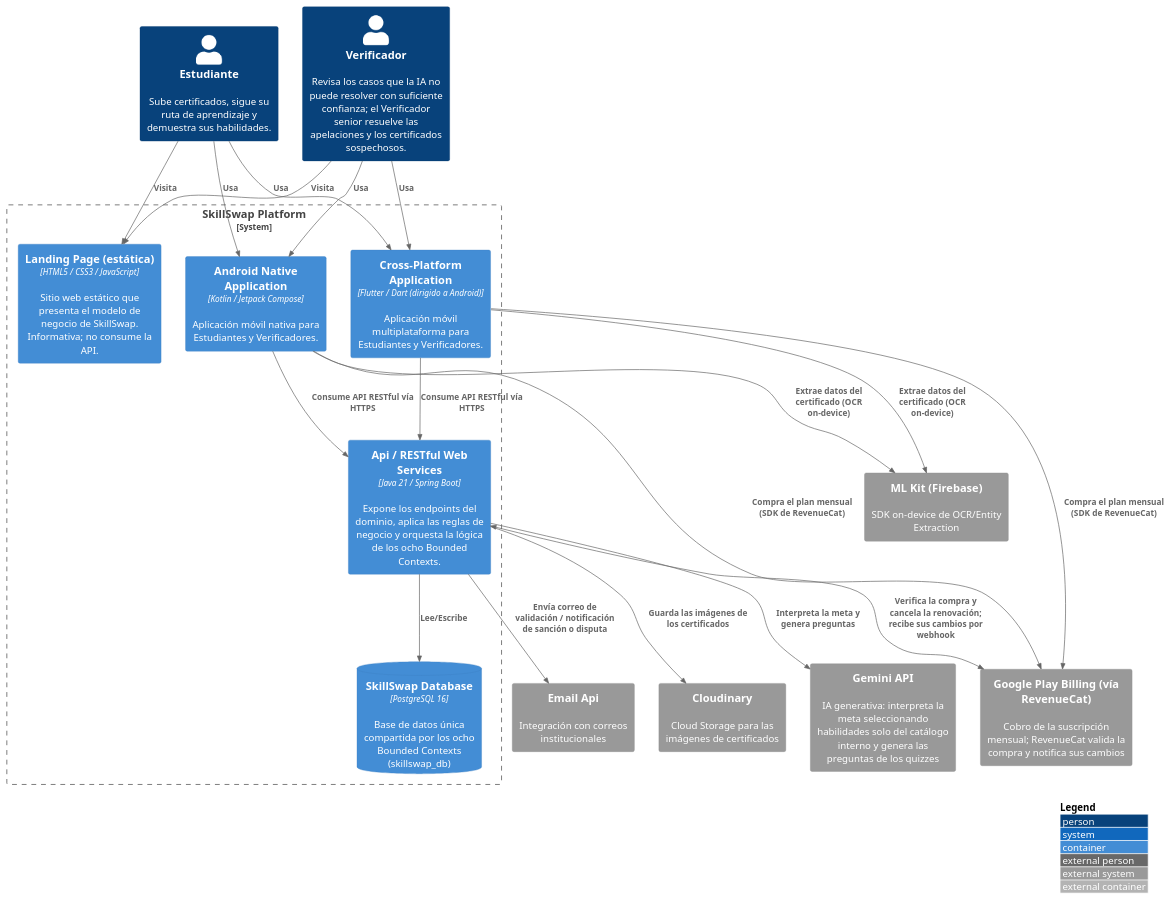
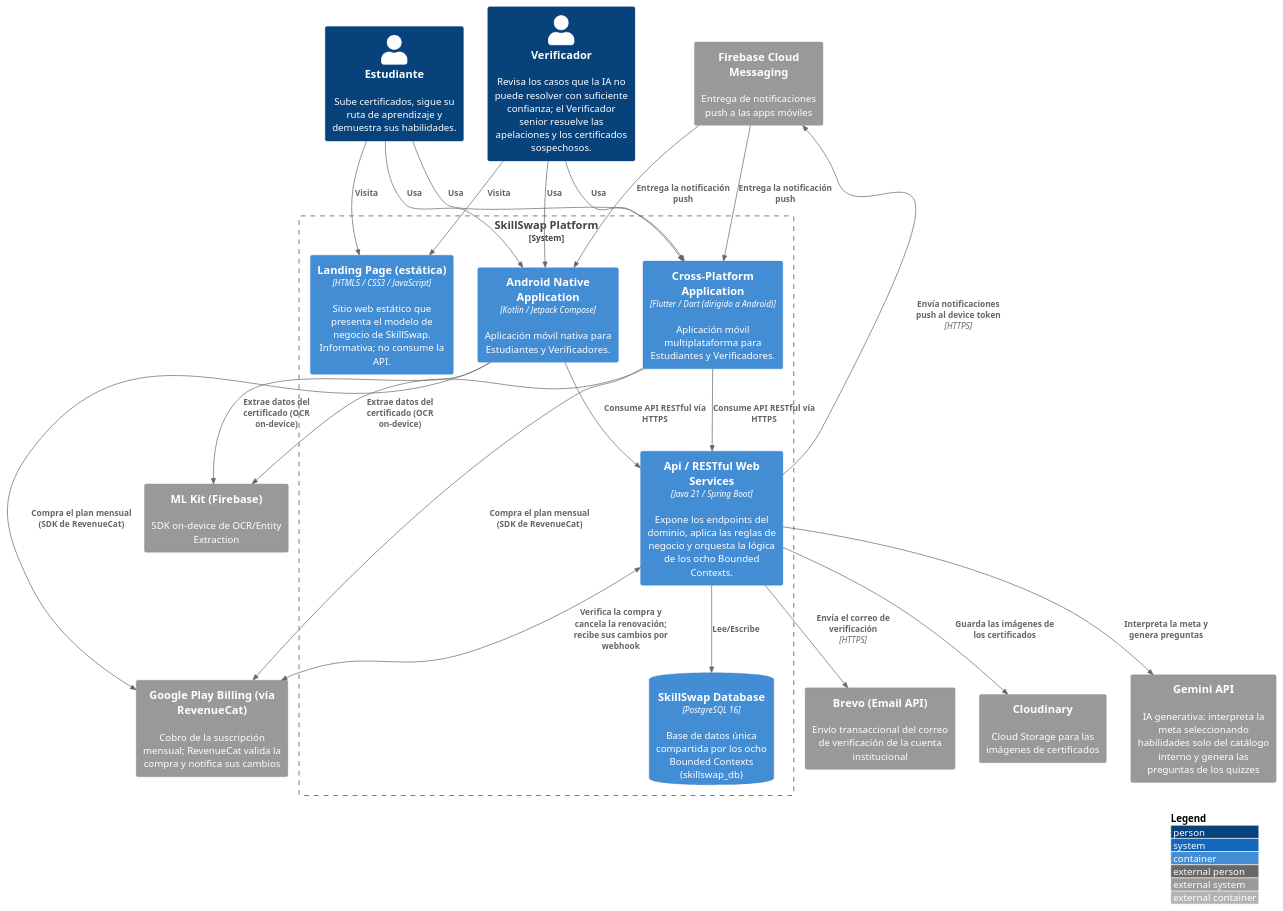
Before and after one commit to Aplicaciones-Dispositivos-Moviles/SkillSwap-ProjectReport: the diagram in DB&C4/Container_Diagram.puml, drawn with PlantUML. The commit also changed 49 other files, not shown here.

```diff
--- a/DB&C4/Container_Diagram.puml
+++ b/DB&C4/Container_Diagram.puml
@@ -1,45 +1,49 @@
 @startuml SkillSwapContainer
 !include https://raw.githubusercontent.com/plantuml-stdlib/C4-PlantUML/master/C4_Container.puml
 
 LAYOUT_WITH_LEGEND()
 
 Person(student, "Estudiante", "Sube certificados, sigue su ruta de aprendizaje y demuestra sus habilidades.")
 Person(verifier, "Verificador", "Revisa los casos que la IA no puede resolver con suficiente confianza; el Verificador senior resuelve las apelaciones y los certificados sospechosos.")
 
 System_Boundary(skillSwapSystem, "SkillSwap Platform") {
     Container(landingPage, "Landing Page (estática)", "HTML5 / CSS3 / JavaScript", "Sitio web estático que presenta el modelo de negocio de SkillSwap. Informativa; no consume la API.")
     Container(androidApp, "Android Native Application", "Kotlin / Jetpack Compose", "Aplicación móvil nativa para Estudiantes y Verificadores.")
     Container(flutterApp, "Cross-Platform Application", "Flutter / Dart (dirigido a Android)", "Aplicación móvil multiplataforma para Estudiantes y Verificadores.")
     Container(apiGateway, "Api / RESTful Web Services", "Java 21 / Spring Boot", "Expone los endpoints del dominio, aplica las reglas de negocio y orquesta la lógica de los ocho Bounded Contexts.")
     ContainerDb(mainDB, "SkillSwap Database", "PostgreSQL 16", "Base de datos única compartida por los ocho Bounded Contexts (skillswap_db)")
 }
 
-System_Ext(emailService, "Email Api", "Integración con correos institucionales")
+System_Ext(emailService, "Brevo (Email API)", "Envío transaccional del correo de verificación de la cuenta institucional")
+System_Ext(fcm, "Firebase Cloud Messaging", "Entrega de notificaciones push a las apps móviles")
 System_Ext(mlKitService, "ML Kit (Firebase)", "SDK on-device de OCR/Entity Extraction")
 System_Ext(cloudStorage, "Cloudinary", "Cloud Storage para las imágenes de certificados")
 System_Ext(googlePlayBilling, "Google Play Billing (vía RevenueCat)", "Cobro de la suscripción mensual; RevenueCat valida la compra y notifica sus cambios")
 System_Ext(geminiApi, "Gemini API", "IA generativa: interpreta la meta seleccionando habilidades solo del catálogo interno y genera las preguntas de los quizzes")
 
 Rel(student, androidApp, "Usa")
 Rel(verifier, androidApp, "Usa")
 Rel(student, flutterApp, "Usa")
 Rel(verifier, flutterApp, "Usa")
 
 Rel(student, landingPage, "Visita")
 Rel(verifier, landingPage, "Visita")
 
 Rel(androidApp, apiGateway, "Consume API RESTful vía HTTPS")
 Rel(flutterApp, apiGateway, "Consume API RESTful vía HTTPS")
 Rel(androidApp, mlKitService, "Extrae datos del certificado (OCR on-device)")
 Rel(flutterApp, mlKitService, "Extrae datos del certificado (OCR on-device)")
 Rel(androidApp, googlePlayBilling, "Compra el plan mensual (SDK de RevenueCat)")
 Rel(flutterApp, googlePlayBilling, "Compra el plan mensual (SDK de RevenueCat)")
 
 Rel(apiGateway, mainDB, "Lee/Escribe")
 
-Rel(apiGateway, emailService, "Envía correo de validación / notificación de sanción o disputa")
+Rel(apiGateway, emailService, "Envía el correo de verificación", "HTTPS")
+Rel(apiGateway, fcm, "Envía notificaciones push al device token", "HTTPS")
+Rel(fcm, androidApp, "Entrega la notificación push")
+Rel(fcm, flutterApp, "Entrega la notificación push")
 Rel(apiGateway, cloudStorage, "Guarda las imágenes de los certificados")
 BiRel(apiGateway, googlePlayBilling, "Verifica la compra y cancela la renovación; recibe sus cambios por webhook")
 Rel(apiGateway, geminiApi, "Interpreta la meta y genera preguntas")
 
 @enduml
```
